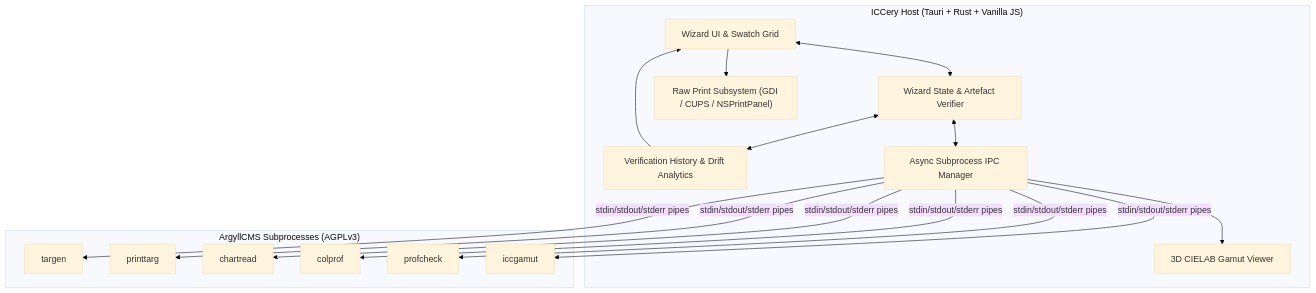
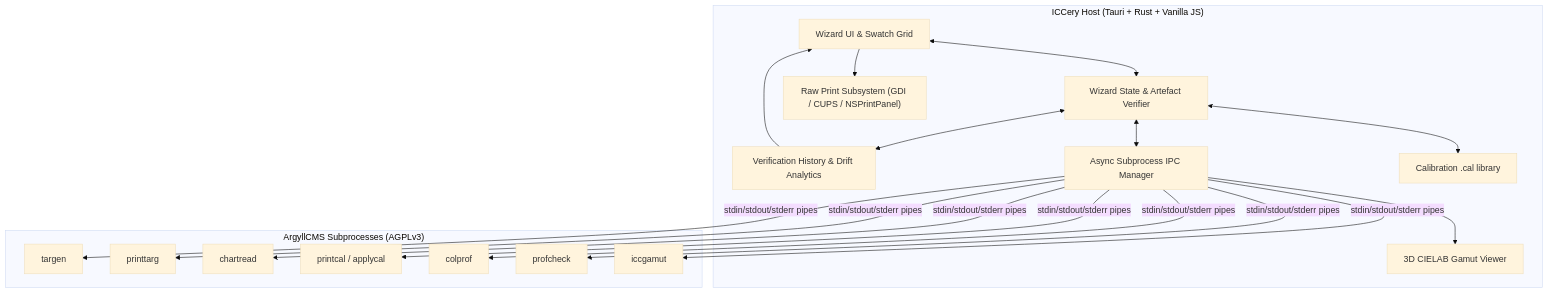
The diagram in README.md (Gronod/ICCery), drawn with Mermaid (base theme) before and after one commit. The commit also changed other lines of this file and 20 other files, not shown here.

First line of the commit message:
feat(cal): printer linearization via printcal / applycal (#224)

````diff
--- a/README.md
+++ b/README.md
@@ -48,34 +49,38 @@
 ```mermaid
 flowchart TD
     subgraph Host ["ICCery Host (Tauri + Rust + Vanilla JS)"]
         UI[Wizard UI & Swatch Grid]
         ThreeJS[3D CIELAB Gamut Viewer]
         State[Wizard State & Artefact Verifier]
         QualityStore[Verification History & Drift Analytics]
         PrintEngine["Raw Print Subsystem (GDI / CUPS / NSPrintPanel)"]
         ProcMgr[Async Subprocess IPC Manager]
+        CalStore[Calibration .cal library]
 
         UI <--> State
         State <--> ProcMgr
         State <--> QualityStore
+        State <--> CalStore
         ProcMgr --> ThreeJS
         UI --> PrintEngine
         QualityStore --> UI
     end
 
     subgraph Argyll ["ArgyllCMS Subprocesses (AGPLv3)"]
         BIN_TAR[targen]
         BIN_PRT[printtarg]
         BIN_CHR[chartread]
+        BIN_CAL[printcal / applycal]
         BIN_COL[colprof]
         BIN_CHK[profcheck]
         BIN_GAM[iccgamut]
     end
 
     ProcMgr -- stdin/stdout/stderr pipes --> BIN_TAR
     ProcMgr -- stdin/stdout/stderr pipes --> BIN_PRT
     ProcMgr -- stdin/stdout/stderr pipes --> BIN_CHR
+    ProcMgr -- stdin/stdout/stderr pipes --> BIN_CAL
     ProcMgr -- stdin/stdout/stderr pipes --> BIN_COL
     ProcMgr -- stdin/stdout/stderr pipes --> BIN_CHK
     ProcMgr -- stdin/stdout/stderr pipes --> BIN_GAM
 ```
````
